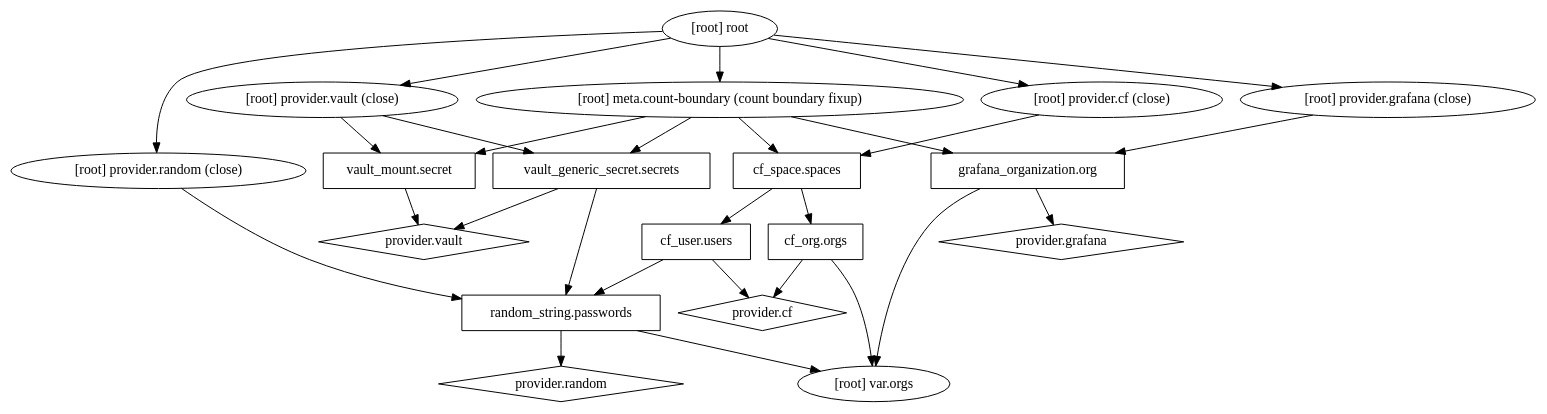
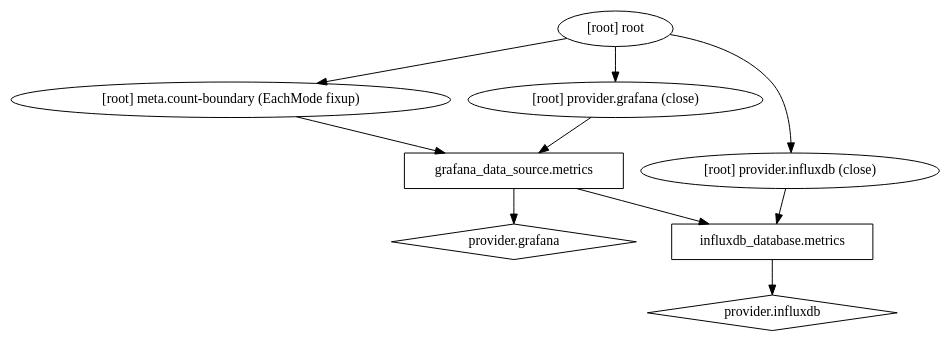
Before and after one commit to emerald-squad/demo-terraform: the diagram in demo.dot, drawn with Graphviz. The commit also changed other lines of this file, not shown here.

Commit message:
update graph

```diff
--- a/demo.dot
+++ b/demo.dot
@@ -1,44 +1,19 @@
 digraph {
 	compound = "true"
 	newrank = "true"
 	subgraph "root" {
-		"[root] cf_org.orgs" [label = "cf_org.orgs", shape = "box"]
-		"[root] cf_space.spaces" [label = "cf_space.spaces", shape = "box"]
-		"[root] cf_user.users" [label = "cf_user.users", shape = "box"]
-		"[root] grafana_organization.org" [label = "grafana_organization.org", shape = "box"]
-		"[root] provider.cf" [label = "provider.cf", shape = "diamond"]
+		"[root] grafana_data_source.metrics" [label = "grafana_data_source.metrics", shape = "box"]
+		"[root] influxdb_database.metrics" [label = "influxdb_database.metrics", shape = "box"]
 		"[root] provider.grafana" [label = "provider.grafana", shape = "diamond"]
-		"[root] provider.random" [label = "provider.random", shape = "diamond"]
-		"[root] provider.vault" [label = "provider.vault", shape = "diamond"]
-		"[root] random_string.passwords" [label = "random_string.passwords", shape = "box"]
-		"[root] vault_generic_secret.secrets" [label = "vault_generic_secret.secrets", shape = "box"]
-		"[root] vault_mount.secret" [label = "vault_mount.secret", shape = "box"]
-		"[root] cf_org.orgs" -> "[root] provider.cf"
-		"[root] cf_org.orgs" -> "[root] var.orgs"
-		"[root] cf_space.spaces" -> "[root] cf_org.orgs"
-		"[root] cf_space.spaces" -> "[root] cf_user.users"
-		"[root] cf_user.users" -> "[root] provider.cf"
-		"[root] cf_user.users" -> "[root] random_string.passwords"
-		"[root] grafana_organization.org" -> "[root] provider.grafana"
-		"[root] grafana_organization.org" -> "[root] var.orgs"
-		"[root] meta.count-boundary (count boundary fixup)" -> "[root] cf_space.spaces"
-		"[root] meta.count-boundary (count boundary fixup)" -> "[root] grafana_organization.org"
-		"[root] meta.count-boundary (count boundary fixup)" -> "[root] vault_generic_secret.secrets"
-		"[root] meta.count-boundary (count boundary fixup)" -> "[root] vault_mount.secret"
-		"[root] provider.cf (close)" -> "[root] cf_space.spaces"
-		"[root] provider.grafana (close)" -> "[root] grafana_organization.org"
-		"[root] provider.random (close)" -> "[root] random_string.passwords"
-		"[root] provider.vault (close)" -> "[root] vault_generic_secret.secrets"
-		"[root] provider.vault (close)" -> "[root] vault_mount.secret"
-		"[root] random_string.passwords" -> "[root] provider.random"
-		"[root] random_string.passwords" -> "[root] var.orgs"
-		"[root] root" -> "[root] meta.count-boundary (count boundary fixup)"
-		"[root] root" -> "[root] provider.cf (close)"
+		"[root] provider.influxdb" [label = "provider.influxdb", shape = "diamond"]
+		"[root] grafana_data_source.metrics" -> "[root] influxdb_database.metrics"
+		"[root] grafana_data_source.metrics" -> "[root] provider.grafana"
+		"[root] influxdb_database.metrics" -> "[root] provider.influxdb"
+		"[root] meta.count-boundary (EachMode fixup)" -> "[root] grafana_data_source.metrics"
+		"[root] provider.grafana (close)" -> "[root] grafana_data_source.metrics"
+		"[root] provider.influxdb (close)" -> "[root] influxdb_database.metrics"
+		"[root] root" -> "[root] meta.count-boundary (EachMode fixup)"
 		"[root] root" -> "[root] provider.grafana (close)"
-		"[root] root" -> "[root] provider.random (close)"
-		"[root] root" -> "[root] provider.vault (close)"
-		"[root] vault_generic_secret.secrets" -> "[root] provider.vault"
-		"[root] vault_generic_secret.secrets" -> "[root] random_string.passwords"
-		"[root] vault_mount.secret" -> "[root] provider.vault"
+		"[root] root" -> "[root] provider.influxdb (close)"
 	}
 }
```
